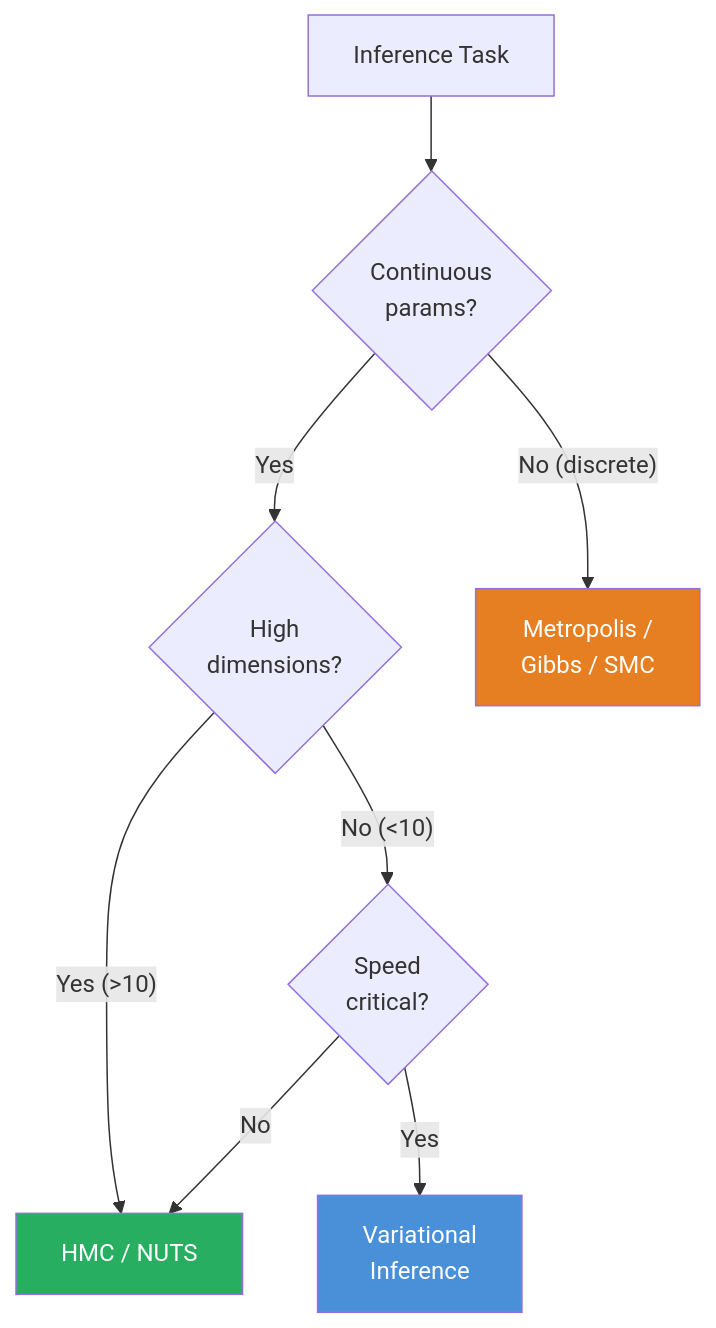
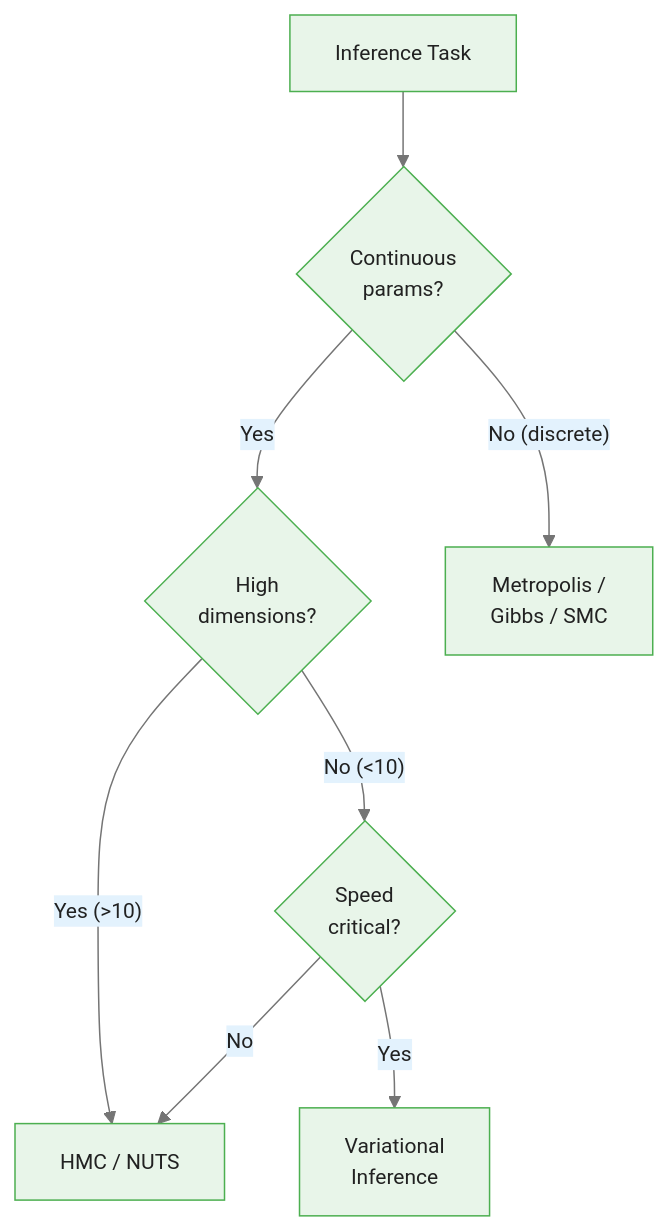
One commit to m-deane/course-creator changed the fourth of 5 diagrams in courses/bayesian-commodity-forecasting/modules/module_06_inference/guides/02_hamiltonian_monte_carlo_slides.md. Above: the diagram before and after it, drawn with Mermaid. The commit also changed other lines of this file and 104 other files, not shown here.

````diff
--- a/courses/bayesian-commodity-forecasting/modules/module_06_inference/guides/02_hamiltonian_monte_carlo_slides.md
+++ b/courses/bayesian-commodity-forecasting/modules/module_06_inference/guides/02_hamiltonian_monte_carlo_slides.md
@@ -367,13 +380,11 @@
 ```mermaid
+%%{init: {"theme": "base", "themeVariables": {"primaryColor": "#e8f5e9", "primaryBorderColor": "#4caf50", "primaryTextColor": "#212121", "secondaryColor": "#e3f2fd", "tertiaryColor": "#fff8e1", "lineColor": "#757575", "fontFamily": "Inter, sans-serif", "fontSize": "14px"}}}%%
 flowchart TD
     TASK["Inference Task"] --> Q1{"Continuous\nparams?"}
     Q1 -->|"Yes"| Q2{"High\ndimensions?"}
     Q1 -->|"No (discrete)"| MH["Metropolis /\nGibbs / SMC"]
     Q2 -->|"Yes (>10)"| HMC["HMC / NUTS"]
     Q2 -->|"No (<10)"| Q3{"Speed\ncritical?"}
     Q3 -->|"Yes"| VI["Variational\nInference"]
     Q3 -->|"No"| HMC
-    style HMC fill:#27ae60,color:#fff
-    style VI fill:#4a90d9,color:#fff
-    style MH fill:#e67e22,color:#fff
 ```
````
